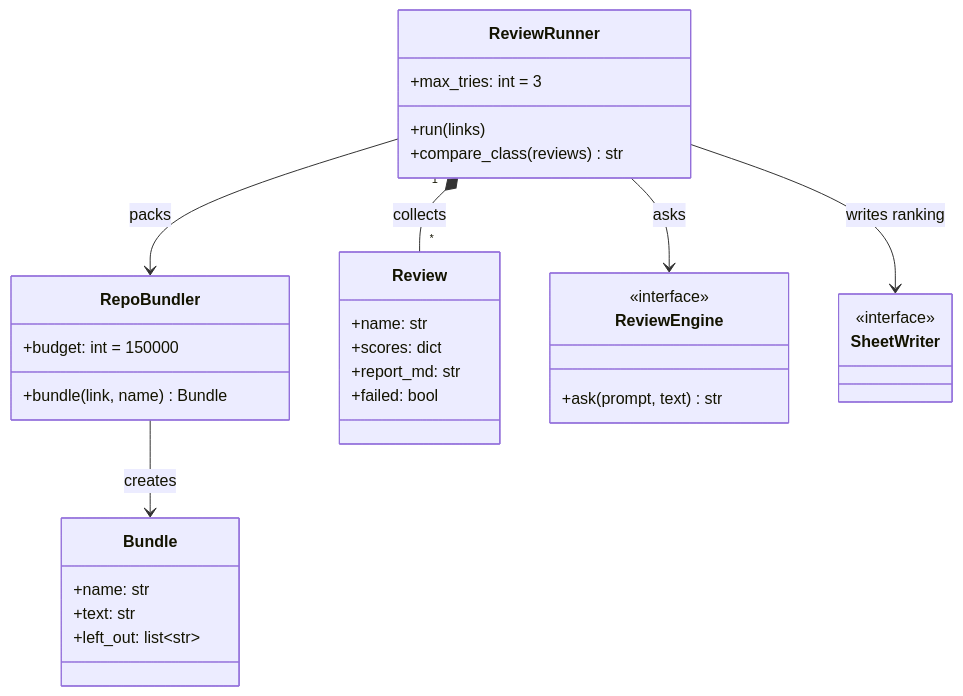
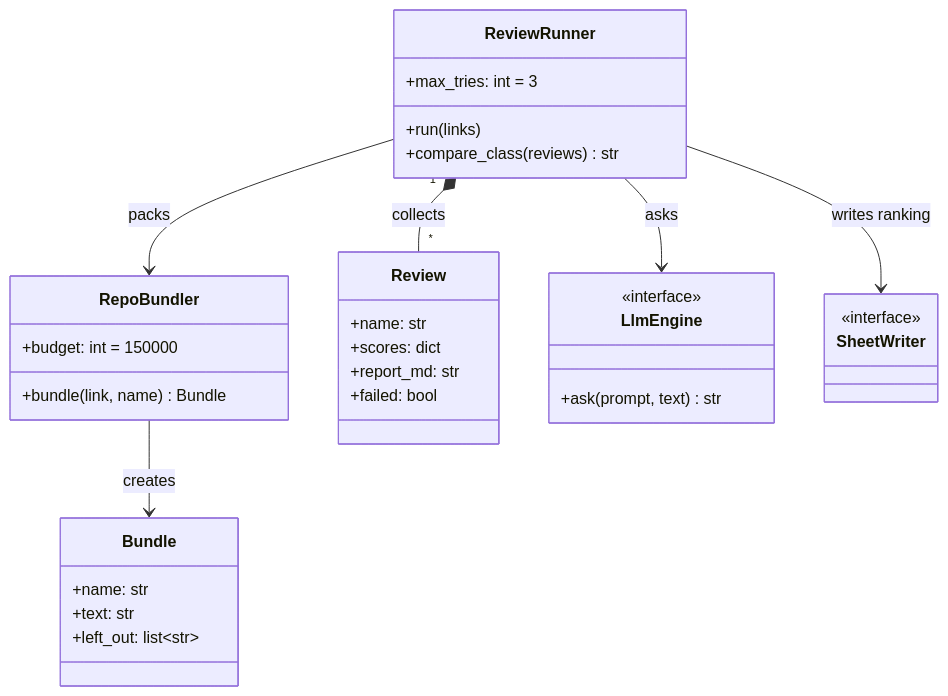
One commit to yonatanShoval/OOP_Exercise2 changed the seventh of 15 diagrams in docs/design.md. Above: the diagram before and after it, drawn with Mermaid. The commit also changed other lines of this file and 4 other files, not shown here.

First line of the commit message:
Step 8 fixes: LlmEngine name, dependency direction, DatabaseGateway, challenge data path

````diff
--- a/docs/design.md
+++ b/docs/design.md
@@ -272,36 +274,36 @@
 ```mermaid
 classDiagram
     direction TB
     class RepoBundler {
         +budget: int = 150000
         +bundle(link, name) Bundle
     }
     class Bundle {
         +name: str
         +text: str
         +left_out: list~str~
     }
     class ReviewRunner {
         +max_tries: int = 3
         +run(links)
         +compare_class(reviews) str
     }
     class Review {
         +name: str
         +scores: dict
         +report_md: str
         +failed: bool
     }
-    class ReviewEngine {
+    class LlmEngine {
         <<interface>>
         +ask(prompt, text) str
     }
     class SheetWriter {
         <<interface>>
     }
     ReviewRunner --> RepoBundler : packs
     RepoBundler --> Bundle : creates
-    ReviewRunner --> ReviewEngine : asks
+    ReviewRunner --> LlmEngine : asks
     ReviewRunner "1" *-- "*" Review : collects
     ReviewRunner --> SheetWriter : writes ranking
 ```
````
